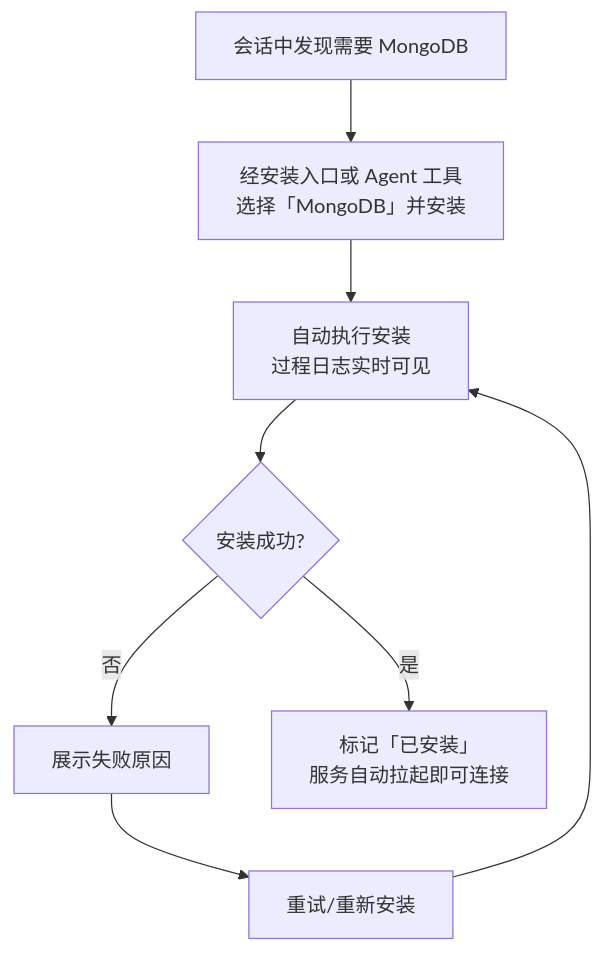
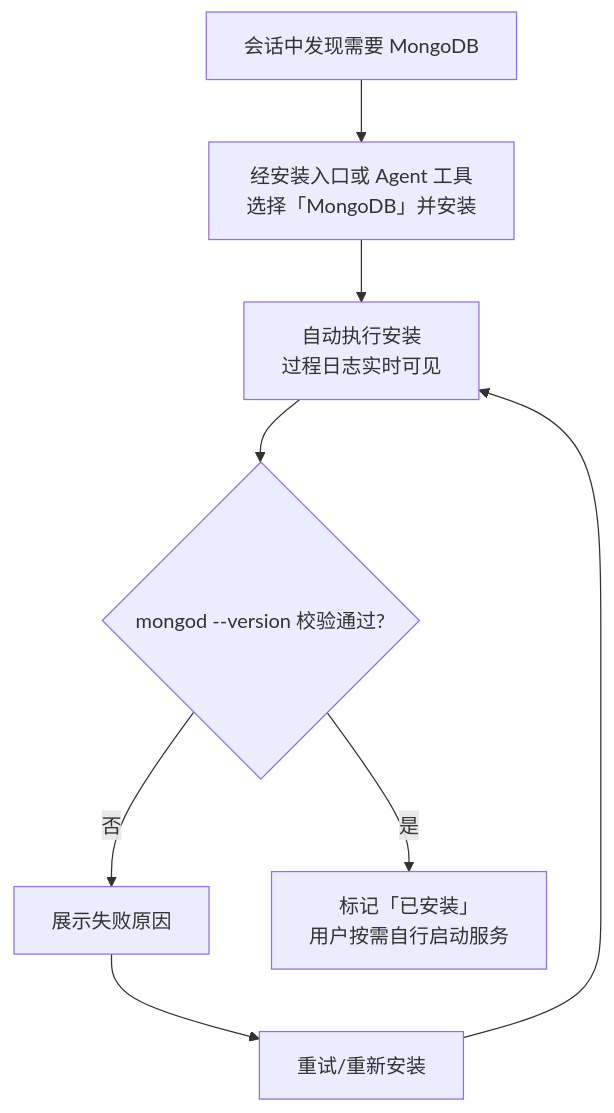
Before and after one commit to Deliay/z-agent-gear: the second of 3 diagrams in docs/product/draft/20261028-mongodb-workload.md, drawn with Mermaid. The commit also changed other lines of this file and 3 other files, not shown here.

First line of the commit message:
docs(mongodb-workload): 返工修订——仅 mongod --version 硬校验、不拉起 mongod 实例

````diff
--- a/docs/product/draft/20261028-mongodb-workload.md
+++ b/docs/product/draft/20261028-mongodb-workload.md
@@ -135,10 +137,10 @@
 ```mermaid
 flowchart TD
     A[会话中发现需要 MongoDB] --> B[经安装入口或 Agent 工具<br/>选择「MongoDB」并安装]
     B --> C[自动执行安装<br/>过程日志实时可见]
-    C --> D{安装成功?}
+    C --> D{mongod --version 校验通过?}
     D -->|否| D1[展示失败原因]
     D1 --> D2[重试/重新安装]
     D2 --> C
-    D -->|是| E[标记「已安装」<br/>服务自动拉起即可连接]
+    D -->|是| E[标记「已安装」<br/>用户按需自行启动服务]
 ```
````
